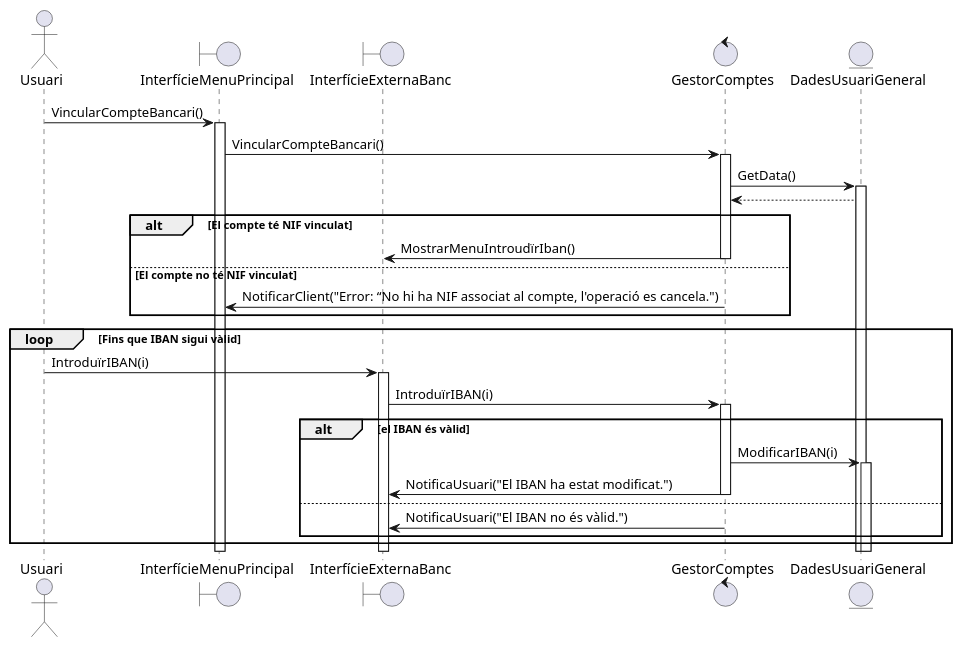
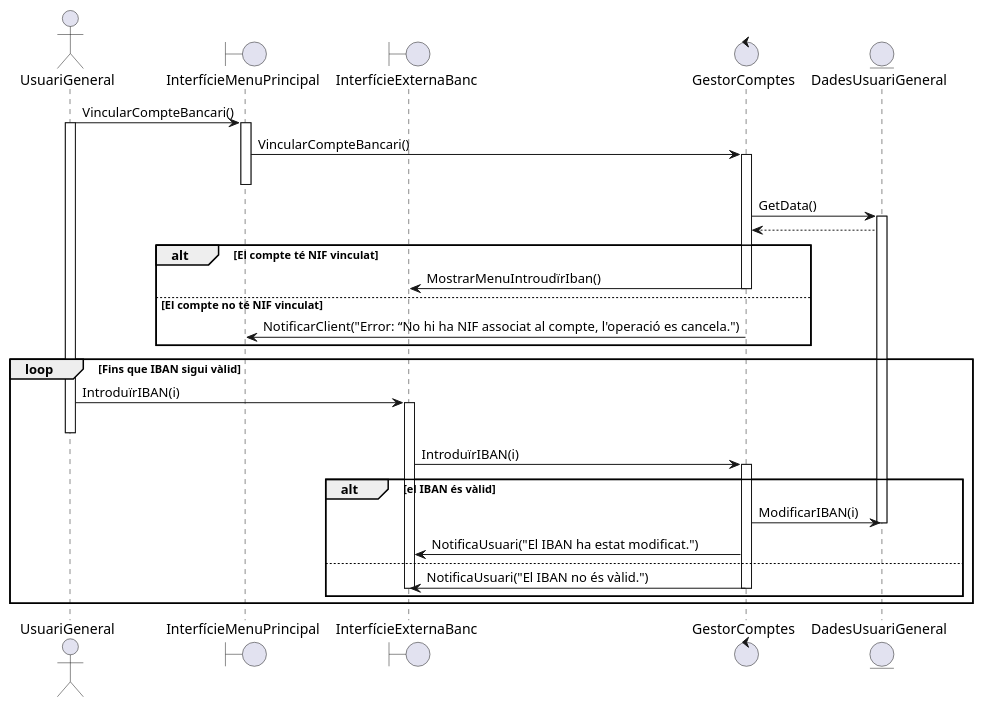
One commit to martipages/ES23UAB431-02 changed the diagram in documents/Diagrames i Especificacions/Seqüencia/seta/8 - Vincular Compte Bancari.puml. Above: the diagram before and after it, drawn with PlantUML. The commit also changed 26 other files, not shown here.

```diff
--- a/documents/Diagrames i Especificacions/Seqüencia/seta/8 - Vincular Compte Bancari.puml
+++ b/documents/Diagrames i Especificacions/Seqüencia/seta/8 - Vincular Compte Bancari.puml
@@ -1,40 +1,45 @@
 @startuml
 
-actor Usuari
+actor UsuariGeneral
 boundary InterfícieMenuPrincipal
 boundary InterfícieExternaBanc
 
 control GestorComptes
 entity DadesUsuariGeneral 
 'estaria be fer ref a la generalitzacio?
 
 
-Usuari -> InterfícieMenuPrincipal++: VincularCompteBancari()
+UsuariGeneral -> InterfícieMenuPrincipal++: VincularCompteBancari()
+UsuariGeneral++
 InterfícieMenuPrincipal -> GestorComptes++: VincularCompteBancari()
+InterfícieMenuPrincipal--
 GestorComptes -> DadesUsuariGeneral++: GetData()
 DadesUsuariGeneral --> GestorComptes
 
 alt El compte té NIF vinculat
 GestorComptes->InterfícieExternaBanc--: MostrarMenuIntroudïrIban()
 else El compte no té NIF vinculat
 GestorComptes->InterfícieMenuPrincipal--: NotificarClient("Error: “No hi ha NIF associat al compte, l'operació es cancela.")
 end
 
 
 
 loop Fins que IBAN sigui vàlid
-Usuari -> InterfícieExternaBanc++: IntroduïrIBAN(i)
+UsuariGeneral -> InterfícieExternaBanc++: IntroduïrIBAN(i)
+UsuariGeneral--
 InterfícieExternaBanc -> GestorComptes++: IntroduïrIBAN(i)
 alt el IBAN és vàlid
 
-GestorComptes -> DadesUsuariGeneral++: ModificarIBAN(i)
-GestorComptes -> InterfícieExternaBanc--: NotificaUsuari("El IBAN ha estat modificat.")
+GestorComptes -> DadesUsuariGeneral: ModificarIBAN(i)
+DadesUsuariGeneral--
+GestorComptes -> InterfícieExternaBanc: NotificaUsuari("El IBAN ha estat modificat.")
 else
 GestorComptes -> InterfícieExternaBanc--: NotificaUsuari("El IBAN no és vàlid.")
+InterfícieExternaBanc--
 end
 end 
 
 
 
 
 @enduml
```
